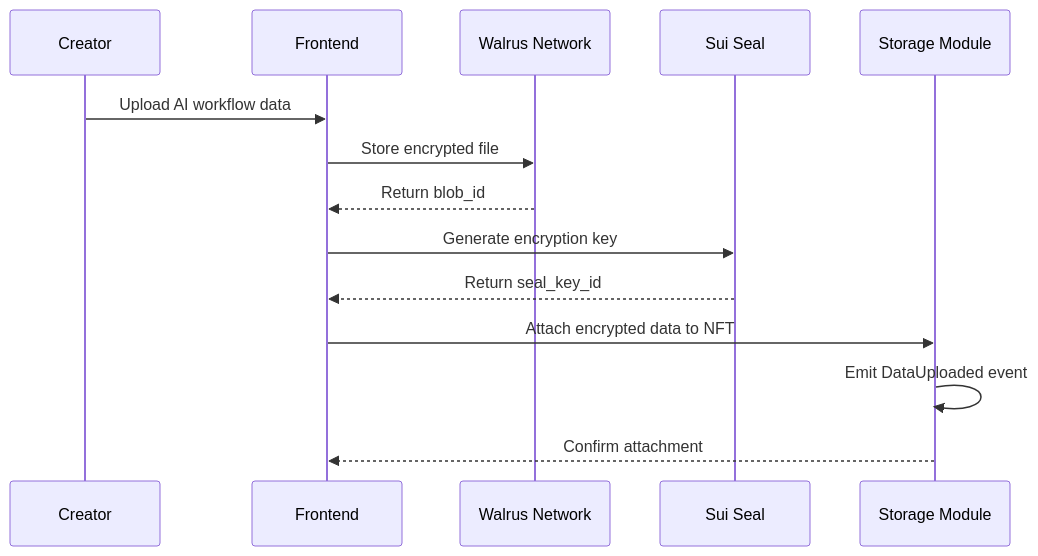
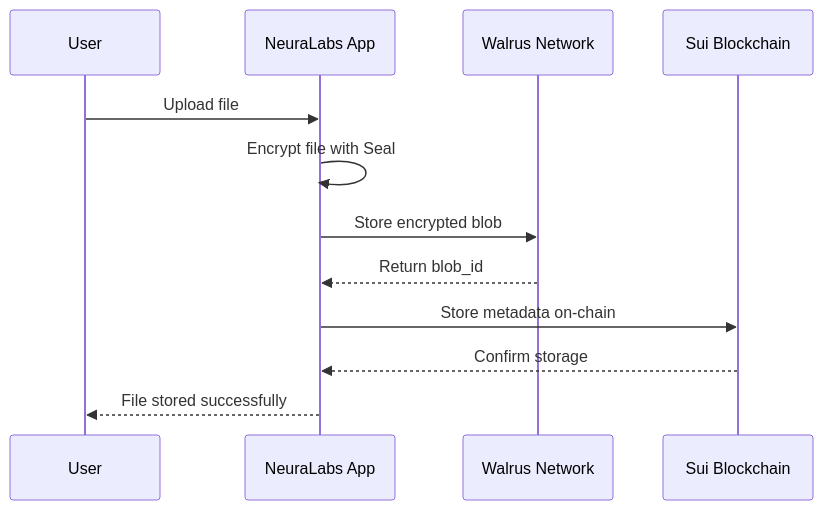
The second of 3 diagrams in documentation/blog/2024-05-24-neuralabs-nft-contract-deployment.mdx (NeuraLabsHQ/neuralabs-coinbase), drawn with Mermaid before and after one commit. The commit also changed other lines of this file, not shown here.

````diff
--- a/documentation/blog/2024-05-24-neuralabs-nft-contract-deployment.mdx
+++ b/documentation/blog/2024-05-24-neuralabs-nft-contract-deployment.mdx
@@ -428,17 +541,15 @@
 ```mermaid
 sequenceDiagram
-    participant Creator
-    participant Frontend
+    participant User
+    participant App as NeuraLabs App
     participant Walrus as Walrus Network
-    participant Seal as Sui Seal
-    participant Storage as Storage Module
+    participant Sui as Sui Blockchain
     
-    Creator->>Frontend: Upload AI workflow data
-    Frontend->>Walrus: Store encrypted file
-    Walrus-->>Frontend: Return blob_id
-    Frontend->>Seal: Generate encryption key
-    Seal-->>Frontend: Return seal_key_id
-    Frontend->>Storage: Attach encrypted data to NFT
-    Storage->>Storage: Emit DataUploaded event
-    Storage-->>Frontend: Confirm attachment
+    User->>App: Upload file
+    App->>App: Encrypt file with Seal
+    App->>Walrus: Store encrypted blob
+    Walrus-->>App: Return blob_id
+    App->>Sui: Store metadata on-chain
+    Sui-->>App: Confirm storage
+    App-->>User: File stored successfully
 ```
````
